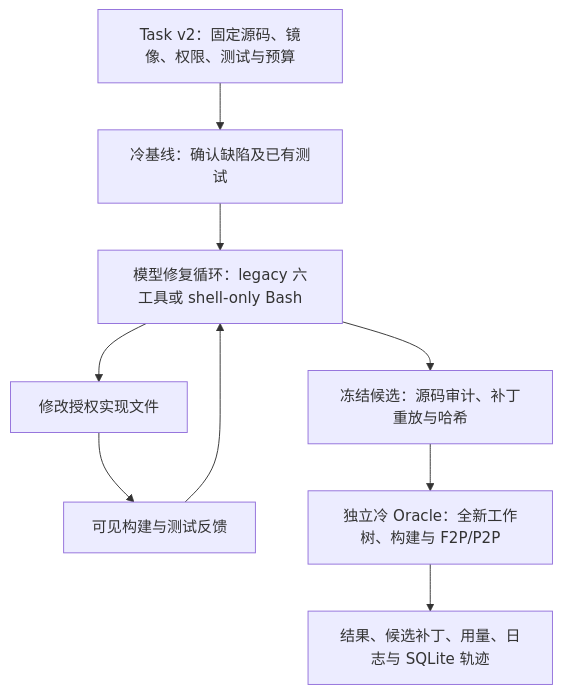
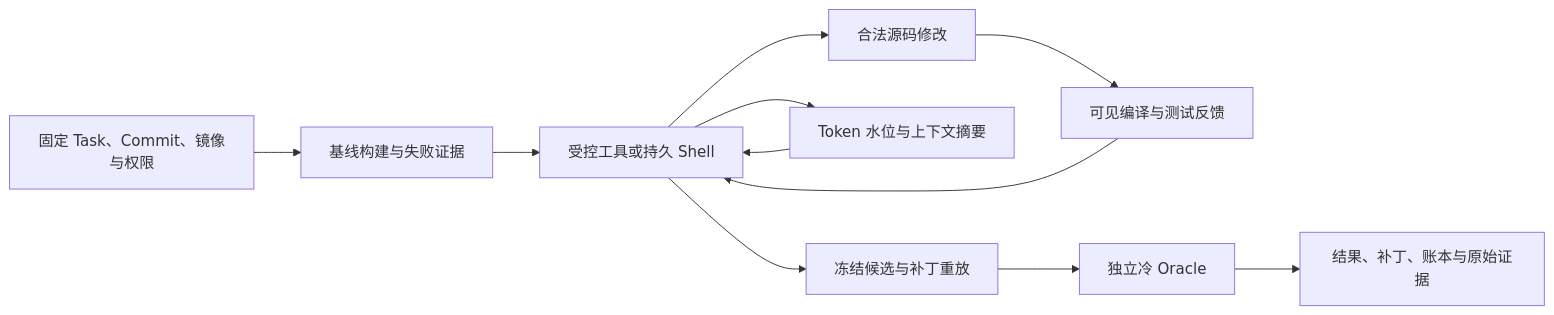
Before and after one commit to lilong555/ReproPatch: the diagram in docs/PROJECT_REPORT.md, drawn with Mermaid. The commit also changed other lines of this file and 16 other files, not shown here.

````diff
--- a/docs/PROJECT_REPORT.md
+++ b/docs/PROJECT_REPORT.md
@@ -29,11 +15,13 @@
 ```mermaid
-flowchart TD
-    T["Task v2：固定源码、镜像、权限、测试与预算"] --> B["冷基线：确认缺陷及已有测试"]
-    B --> A["模型修复循环：legacy 六工具或 shell-only Bash"]
-    A --> E["修改授权实现文件"]
-    E --> C["可见构建与测试反馈"]
-    C --> A
-    A --> P["冻结候选：源码审计、补丁重放与哈希"]
-    P --> O["独立冷 Oracle：全新工作树、构建与 F2P/P2P"]
-    O --> R["结果、候选补丁、用量、日志与 SQLite 轨迹"]
+flowchart LR
+    T[固定 Task、Commit、镜像与权限] --> B[基线构建与失败证据]
+    B --> A[受控工具或持久 Shell]
+    A --> C[合法源码修改]
+    C --> F[可见编译与测试反馈]
+    F --> A
+    A --> S[Token 水位与上下文摘要]
+    S --> A
+    A --> P[冻结候选与补丁重放]
+    P --> O[独立冷 Oracle]
+    O --> R[结果、补丁、账本与原始证据]
 ```
````
